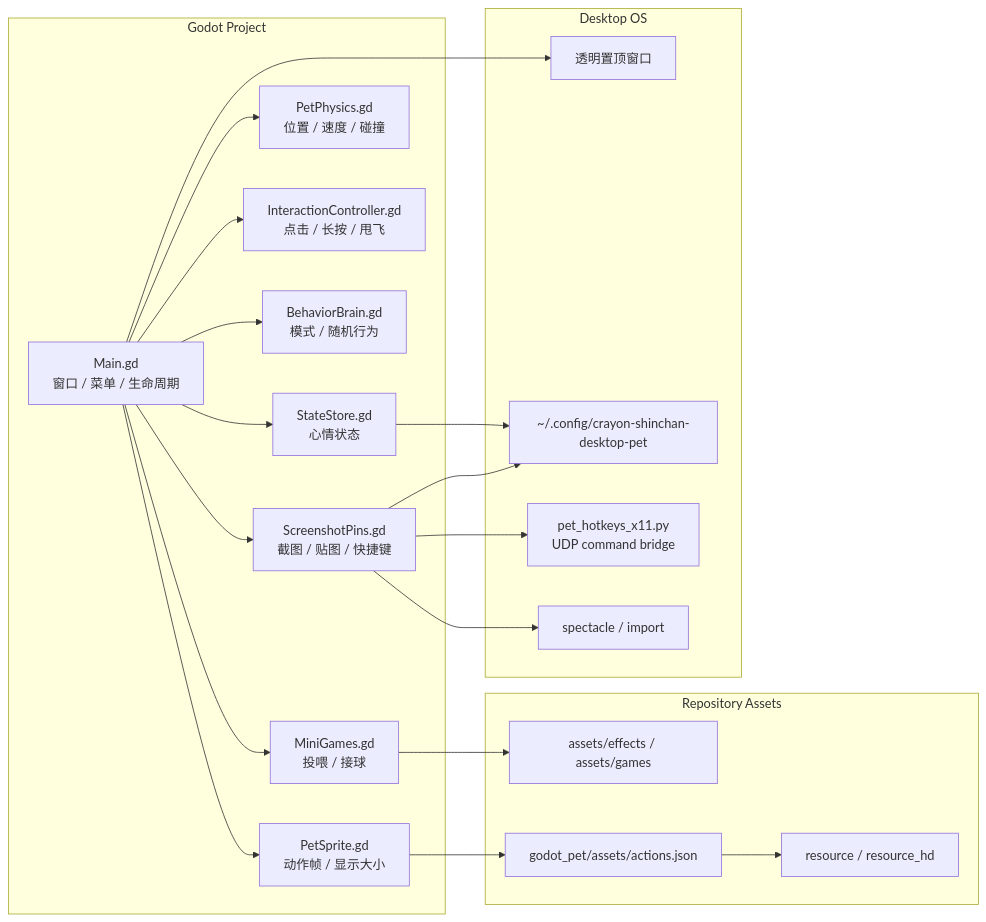
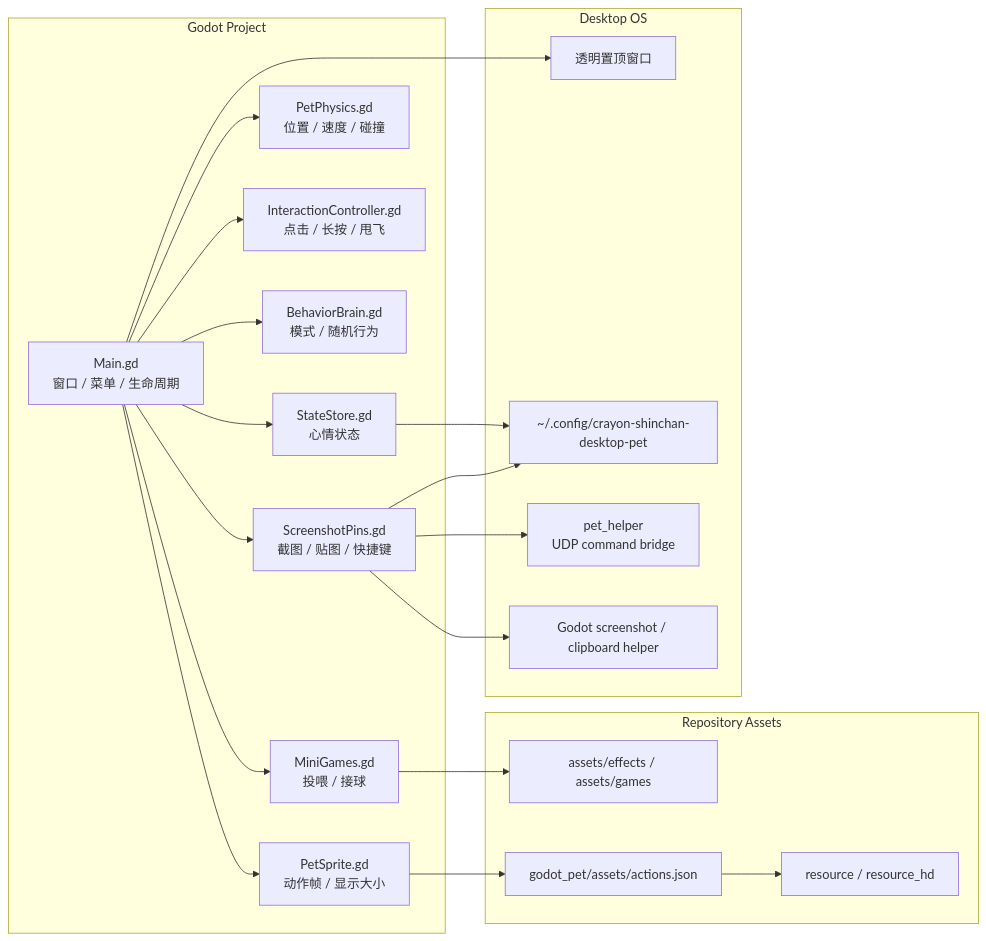
One commit to MzKyle/Crayon-Shinchan-Desktop-Pat changed the diagram in docs/README.md. Above: the diagram before and after it, drawn with Mermaid. The commit also changed other lines of this file and 56 other files, not shown here.

````diff
--- a/docs/README.md
+++ b/docs/README.md
@@ -37,42 +37,42 @@
 ```mermaid
 flowchart LR
   subgraph Godot["Godot Project"]
     Main["Main.gd<br/>窗口 / 菜单 / 生命周期"]
     Sprite["PetSprite.gd<br/>动作帧 / 显示大小"]
     Physics["PetPhysics.gd<br/>位置 / 速度 / 碰撞"]
     Input["InteractionController.gd<br/>点击 / 长按 / 甩飞"]
     Brain["BehaviorBrain.gd<br/>模式 / 随机行为"]
     Games["MiniGames.gd<br/>投喂 / 接球"]
     State["StateStore.gd<br/>心情状态"]
     Pins["ScreenshotPins.gd<br/>截图 / 贴图 / 快捷键"]
   end
 
   subgraph Assets["Repository Assets"]
     Frames["resource / resource_hd"]
     Effects["assets/effects / assets/games"]
     Manifest["godot_pet/assets/actions.json"]
   end
 
   subgraph OS["Desktop OS"]
     Window["透明置顶窗口"]
     Config["~/.config/crayon-shinchan-desktop-pet"]
-    X11["pet_hotkeys_x11.py<br/>UDP command bridge"]
-    Tools["spectacle / import"]
+    X11["pet_helper<br/>UDP command bridge"]
+    Tools["Godot screenshot / clipboard helper"]
   end
 
   Main --> Sprite
   Main --> Physics
   Main --> Input
   Main --> Brain
   Main --> Games
   Main --> State
   Main --> Pins
   Sprite --> Manifest
   Manifest --> Frames
   Games --> Effects
   Main --> Window
   State --> Config
   Pins --> Config
   Pins --> X11
   Pins --> Tools
 ```
````
